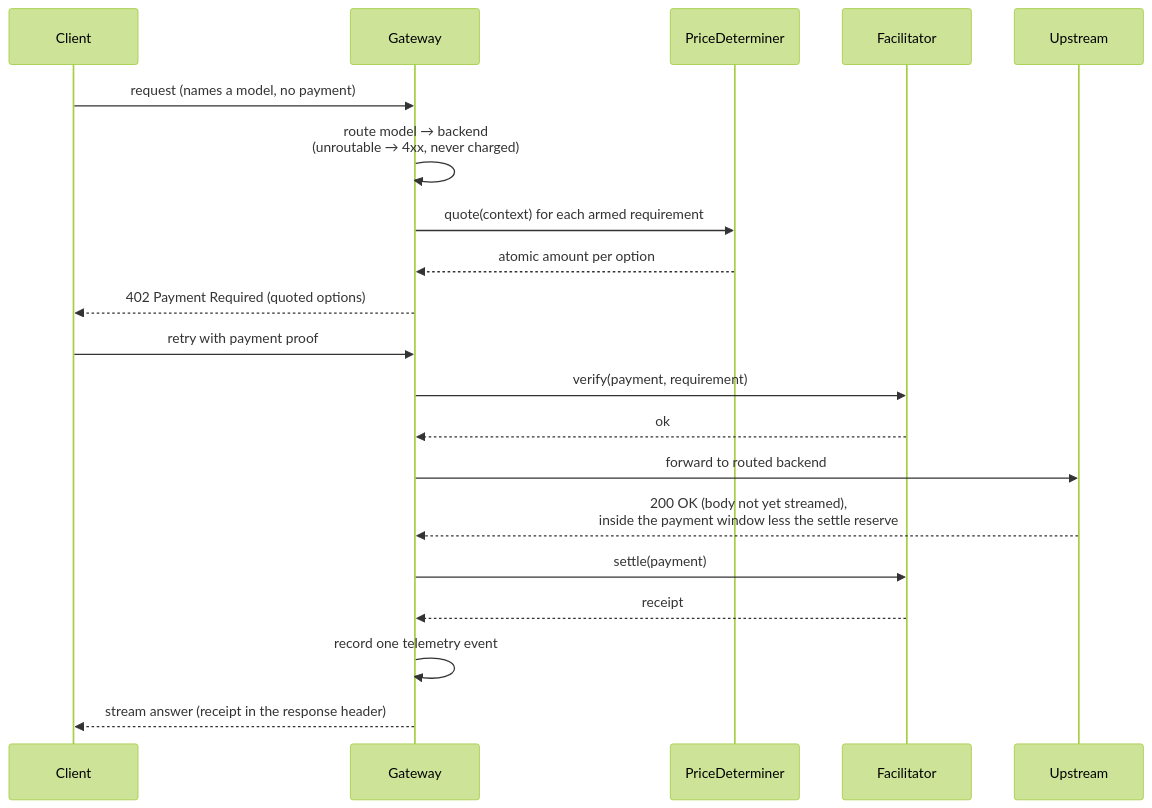
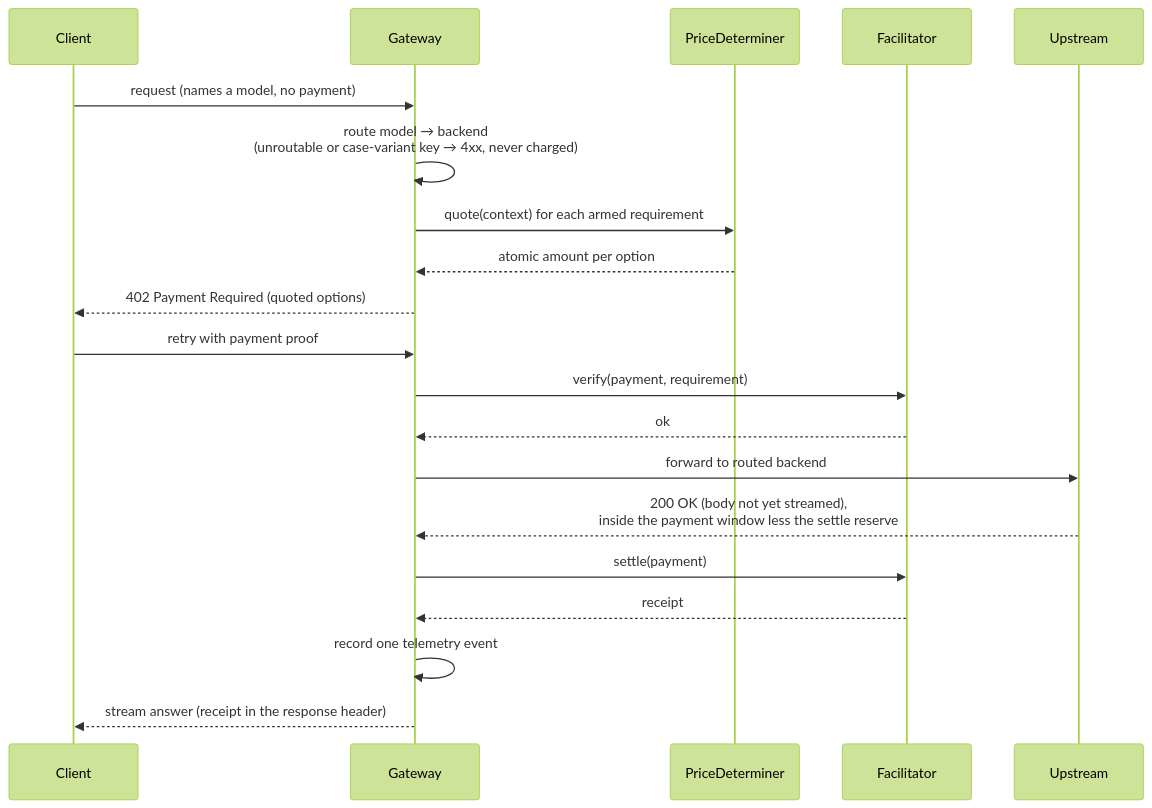
One commit to geekinasuit/obolus changed the fourth of 5 diagrams in docs/architecture.md. Above: the diagram before and after it, drawn with Mermaid (forest theme). The commit also changed other lines of this file and 5 other files, not shown here.

First line of the commit message:
Refuse case-variant model and max_tokens keys before routing (#123)

````diff
--- a/docs/architecture.md
+++ b/docs/architecture.md
@@ -225,23 +229,23 @@
 ```mermaid
 sequenceDiagram
   participant C as Client
   participant G as Gateway
   participant P as PriceDeterminer
   participant F as Facilitator
   participant U as Upstream
 
   C->>G: request (names a model, no payment)
-  G->>G: route model → backend<br/>(unroutable → 4xx, never charged)
+  G->>G: route model → backend<br/>(unroutable or case-variant key → 4xx, never charged)
   G->>P: quote(context) for each armed requirement
   P-->>G: atomic amount per option
   G-->>C: 402 Payment Required (quoted options)
   C->>G: retry with payment proof
   G->>F: verify(payment, requirement)
   F-->>G: ok
   G->>U: forward to routed backend
   U-->>G: 200 OK (body not yet streamed),<br/>inside the payment window less the settle reserve
   G->>F: settle(payment)
   F-->>G: receipt
   G->>G: record one telemetry event
   G-->>C: stream answer (receipt in the response header)
 ```
````
